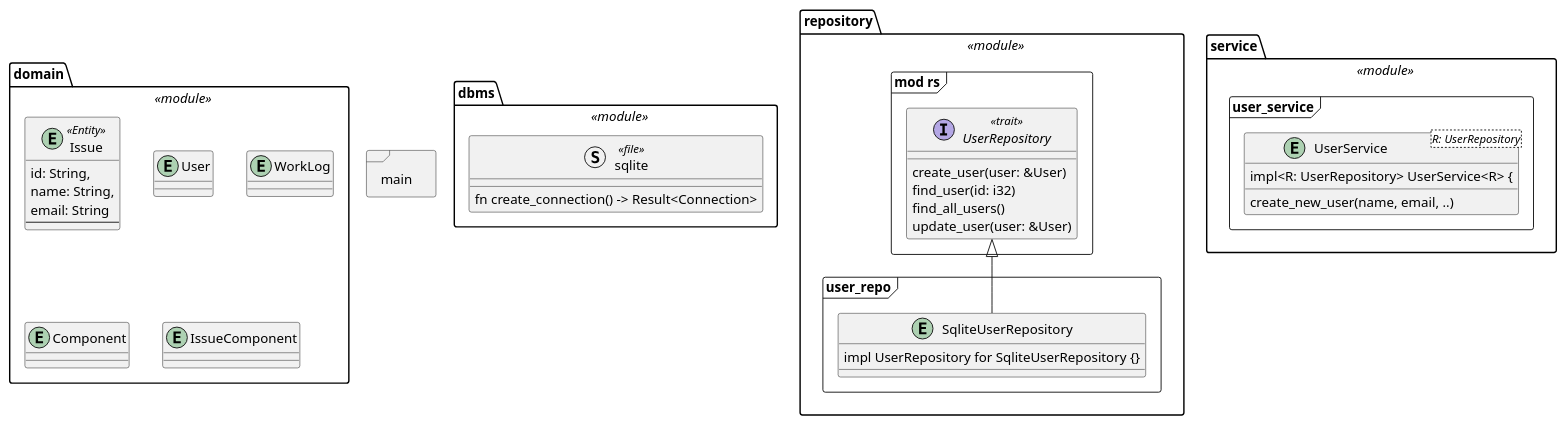
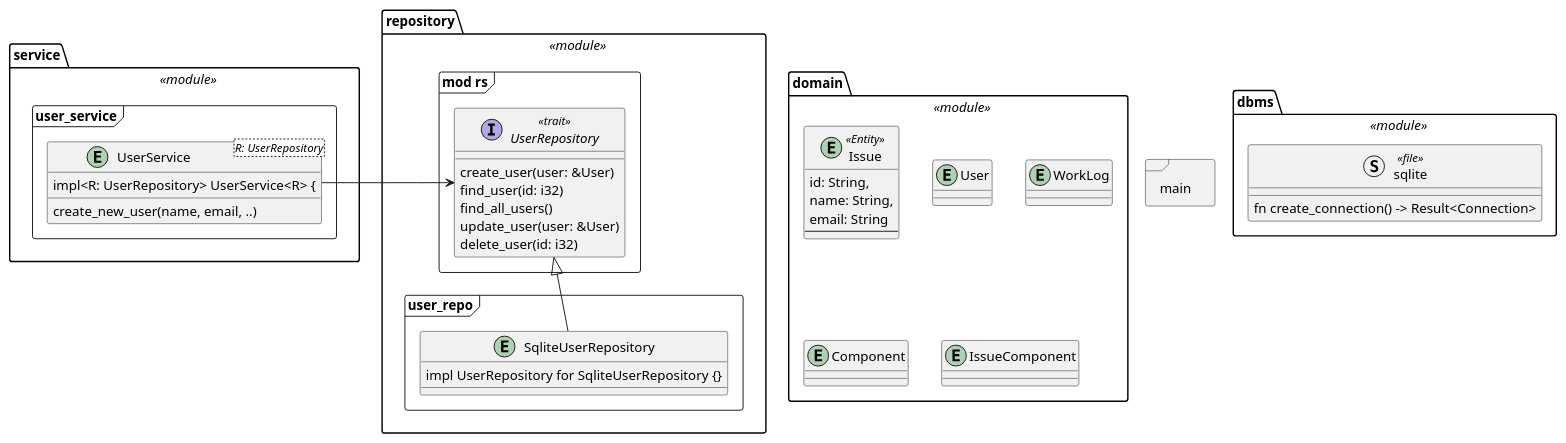
Before and after one commit to WorklogWiz/timesheet: the first of 5 diagrams in docs/soc-notes.md, drawn with PlantUML. The commit also changed other lines of this file and 20 other files, not shown here.

````diff
--- a/docs/soc-notes.md
+++ b/docs/soc-notes.md
@@ -11,51 +11,53 @@
 ```plantuml
 frame main {
 }
 package dbms <<module>> {
     struct "sqlite" <<file>> {
         fn create_connection() -> Result<Connection>
     }
 }
 
 package repository <<module>> {
     frame "mod rs" {
         interface UserRepository <<trait>> {
           create_user(user: &User)
           find_user(id: i32)
           find_all_users()
           update_user(user: &User)
+          delete_user(id: i32)
         }
     }
     frame "user_repo" {
         entity SqliteUserRepository {
             impl UserRepository for SqliteUserRepository {}
         }
     }
     SqliteUserRepository -up-|> UserRepository
 }
 
 package domain <<module>> {
     entity Issue <<Entity>> {
         id: String,
         name: String,
         email: String
         --
     }
     entity User {}
     entity WorkLog {}
     entity Component {}
     entity IssueComponent {}
     
 }
 
 package service <<module>> {
     frame "user_service" {
         entity UserService<R: UserRepository> {
             impl<R: UserRepository> UserService<R> {
                 create_new_user(name, email, ..)
             }
         }
-        
+        UserService -> UserRepository
     }
 }
+
 ```
````
